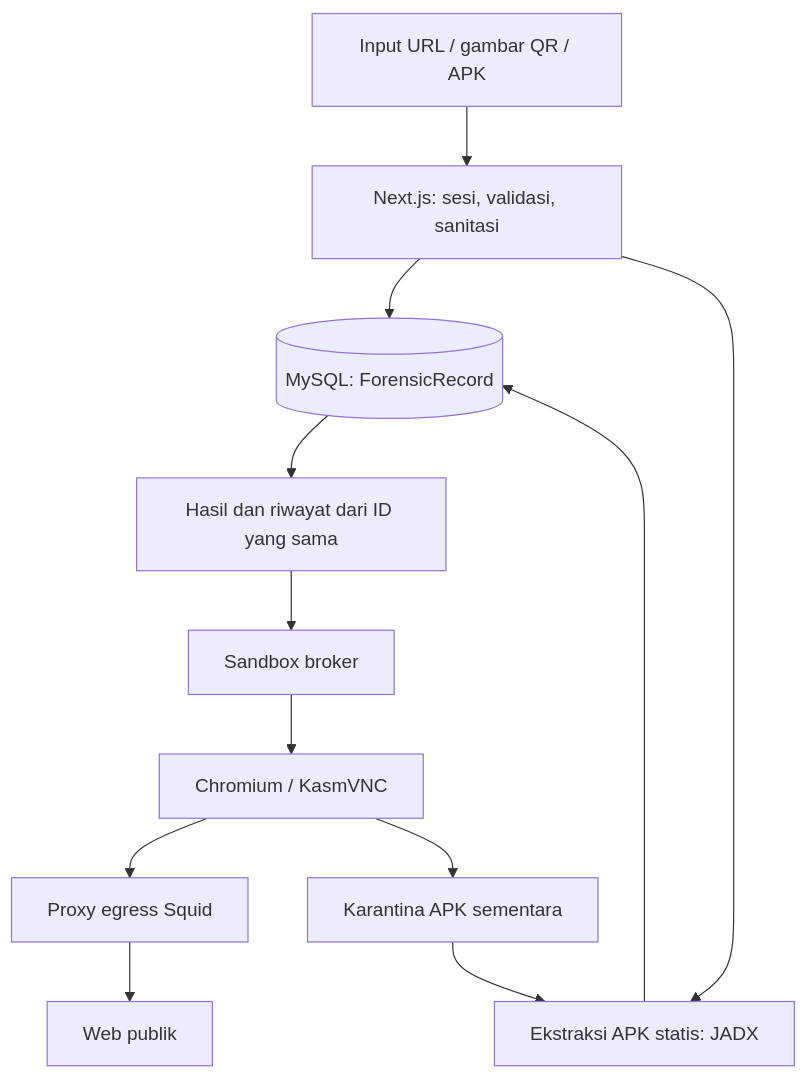
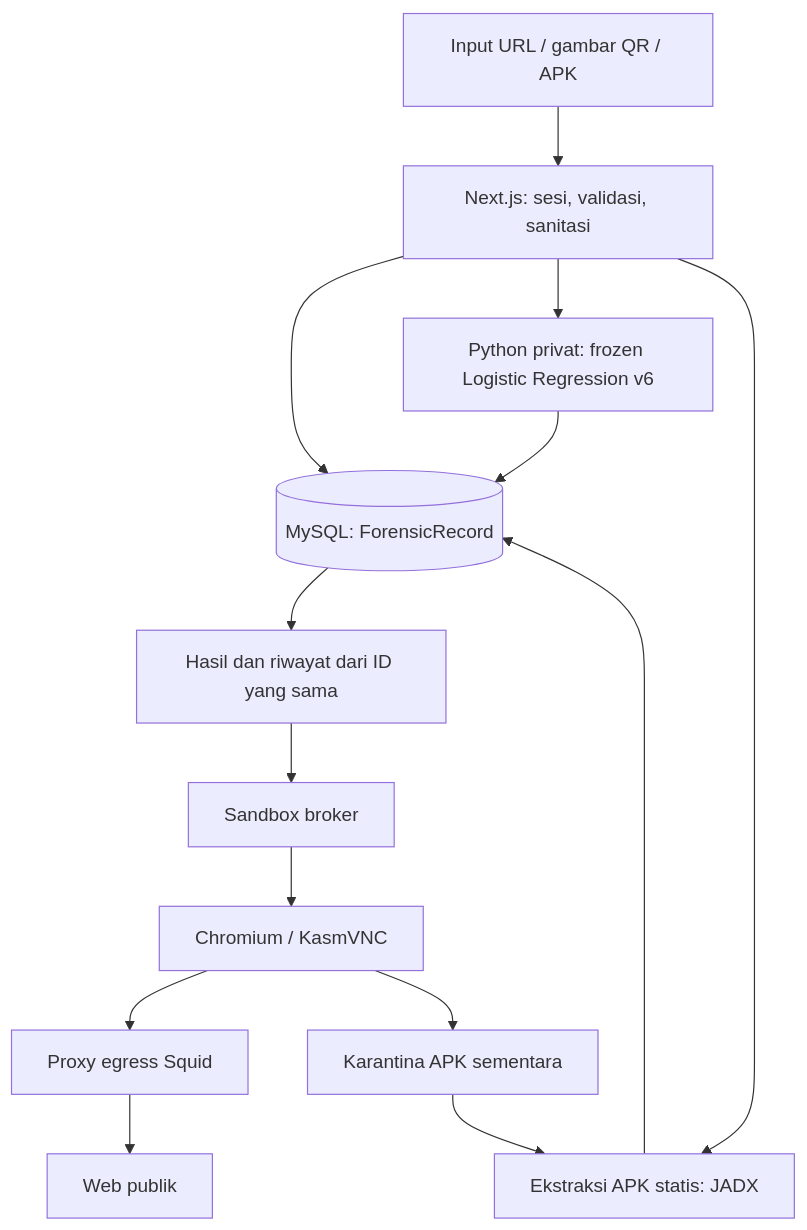
Before and after one commit to DeryWahyu/guardian-lab: the diagram in ai-agent-docs/system-architecture.md, drawn with Mermaid. The commit also changed other lines of this file and 71 other files, not shown here.

````diff
--- a/ai-agent-docs/system-architecture.md
+++ b/ai-agent-docs/system-architecture.md
@@ -5,14 +5,16 @@
 ```mermaid
 flowchart TD
     Input[Input URL / gambar QR / APK] --> Next[Next.js: sesi, validasi, sanitasi]
     Next --> Record[(MySQL: ForensicRecord)]
+    Next --> ML[Python privat: frozen Logistic Regression v6]
+    ML --> Record
     Next --> Static[Ekstraksi APK statis: JADX]
     Static --> Record
     Record --> Results[Hasil dan riwayat dari ID yang sama]
     Results --> Broker[Sandbox broker]
     Broker --> Browser[Chromium / KasmVNC]
     Browser --> Proxy[Proxy egress Squid]
     Proxy --> Internet[Web publik]
     Browser --> Quarantine[Karantina APK sementara]
     Quarantine --> Static
 ```
````
